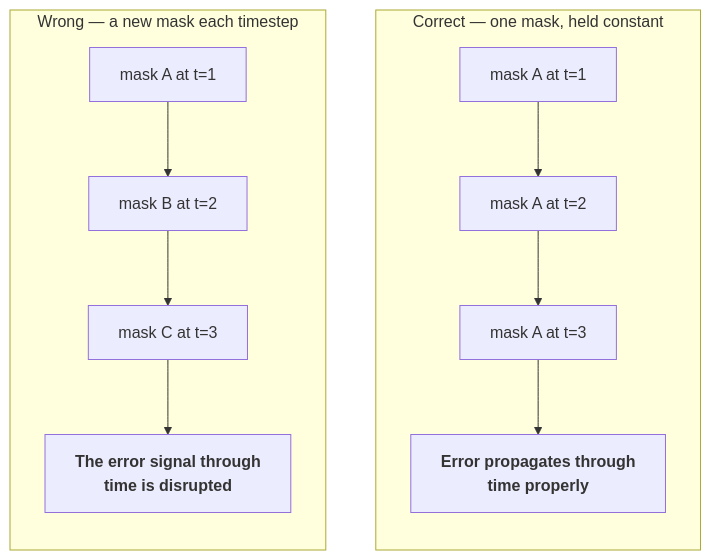
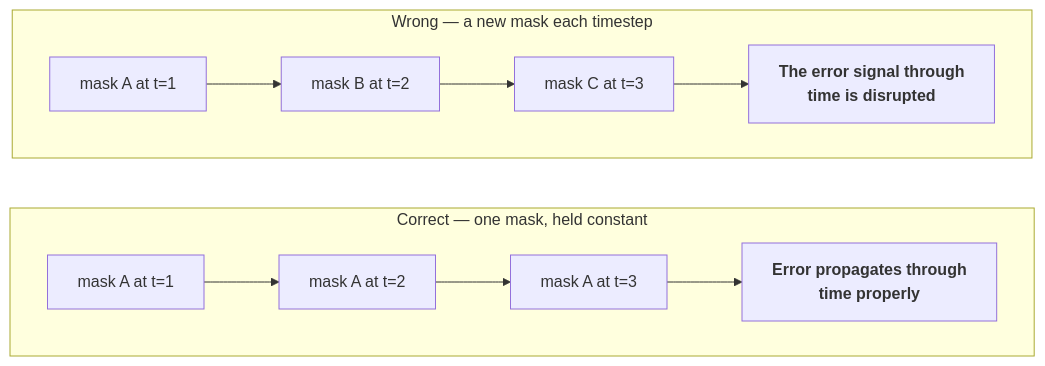
One commit to situkangsayur/dnd-ai-products-services-pro-course-slides changed the diagram in figs/ch13-dropoutmask.mmd. Above: the diagram before and after it, drawn with Mermaid. The commit also changed 148 other files, not shown here.

First line of the commit message:
Diagram yang mengecil: tuntas. 0 dari 191 figur tampil di bawah 55%

```diff
--- a/figs/ch13-dropoutmask.mmd
+++ b/figs/ch13-dropoutmask.mmd
@@ -1,16 +1,13 @@
-%% direction chosen by tools/figures.py: this renders
-%% better in the space a slide gives it. Edit the deck
-%% source, not this file.
 
-flowchart LR
+flowchart TB
   subgraph W["Wrong — a new mask each timestep"]
-    direction TB
+    direction LR
     W1["mask A at t=1"] --> W2["mask B at t=2"] --> W3["mask C at t=3"]
     W3 --> W4["<b>The error signal through<br/>time is disrupted</b>"]
   end
   subgraph C["Correct — one mask, held constant"]
-    direction TB
+    direction LR
     C1["mask A at t=1"] --> C2["mask A at t=2"] --> C3["mask A at t=3"]
     C3 --> C4["<b>Error propagates through<br/>time properly</b>"]
   end
   W ~~~ C
```
